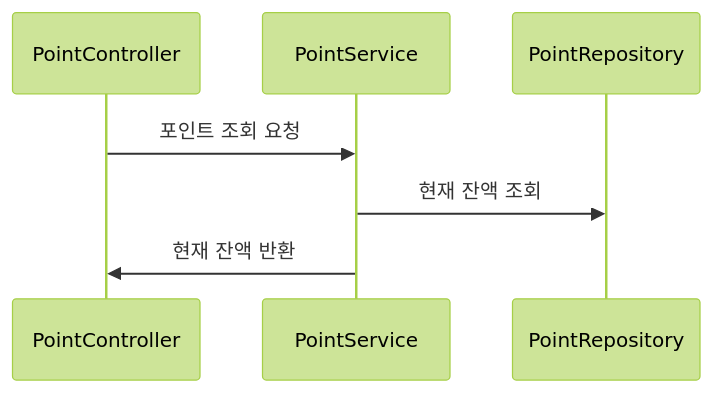
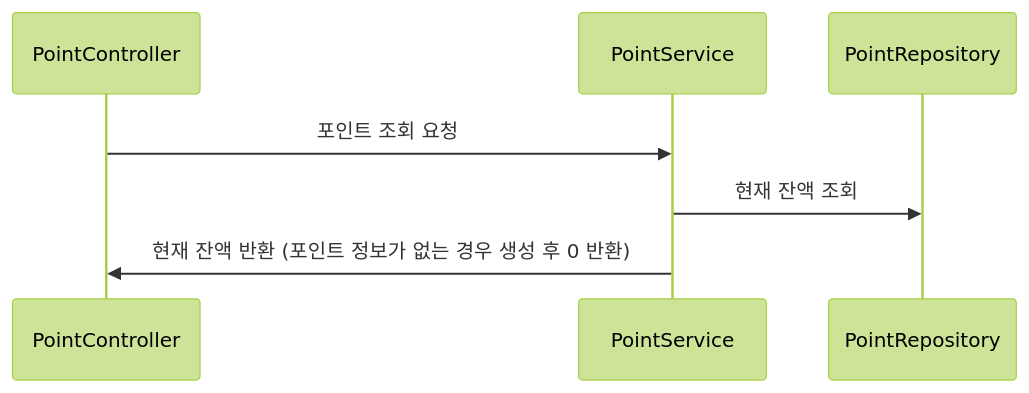
One commit to Maker-H/99-shopping changed the diagram in docs/sequence_diagram/point/point-get.mmd. Above: the diagram before and after it, drawn with Mermaid (forest theme). The commit also changed 28 other files, not shown here.

```diff
--- a/docs/sequence_diagram/point/point-get.mmd
+++ b/docs/sequence_diagram/point/point-get.mmd
@@ -1,8 +1,8 @@
 sequenceDiagram
     participant PointController
     participant PointService
     participant PointRepository
 
     PointController->>PointService: 포인트 조회 요청
     PointService->>PointRepository: 현재 잔액 조회
-    PointService->>PointController: 현재 잔액 반환
+    PointService->>PointController: 현재 잔액 반환 (포인트 정보가 없는 경우 생성 후 0 반환)
```
